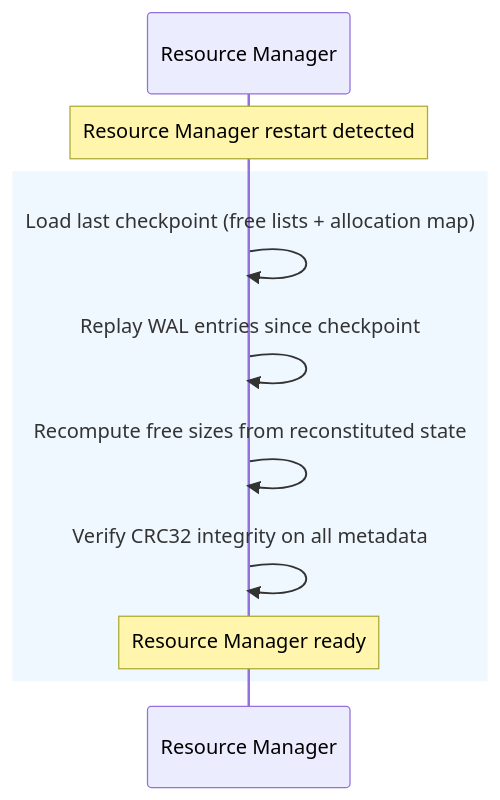
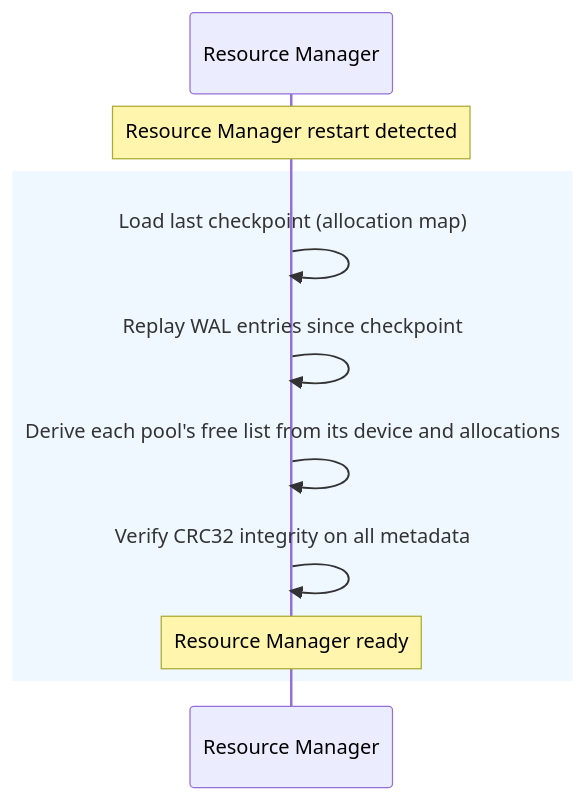
Before and after one commit to seohui-XCENA/maru: the third of 3 diagrams in docs/source/design_doc/consistency_and_safety.md, drawn with Mermaid. The commit also changed other lines of this file and 31 other files, not shown here.

First line of the commit message:
fix(resource-manager): judge each device on its own and recover from the allocation ledger (#108)

````diff
--- a/docs/source/design_doc/consistency_and_safety.md
+++ b/docs/source/design_doc/consistency_and_safety.md
@@ -111,14 +111,14 @@
 ```mermaid
 sequenceDiagram
     participant RM as Resource Manager
 
     Note over RM: Resource Manager restart detected
 
     rect rgb(240, 248, 255)
-        RM->>RM: Load last checkpoint (free lists + allocation map)
+        RM->>RM: Load last checkpoint (allocation map)
         RM->>RM: Replay WAL entries since checkpoint
-        RM->>RM: Recompute free sizes from reconstituted state
+        RM->>RM: Derive each pool's free list from its device and allocations
         RM->>RM: Verify CRC32 integrity on all metadata
         Note over RM: Resource Manager ready
     end
 ```
````
